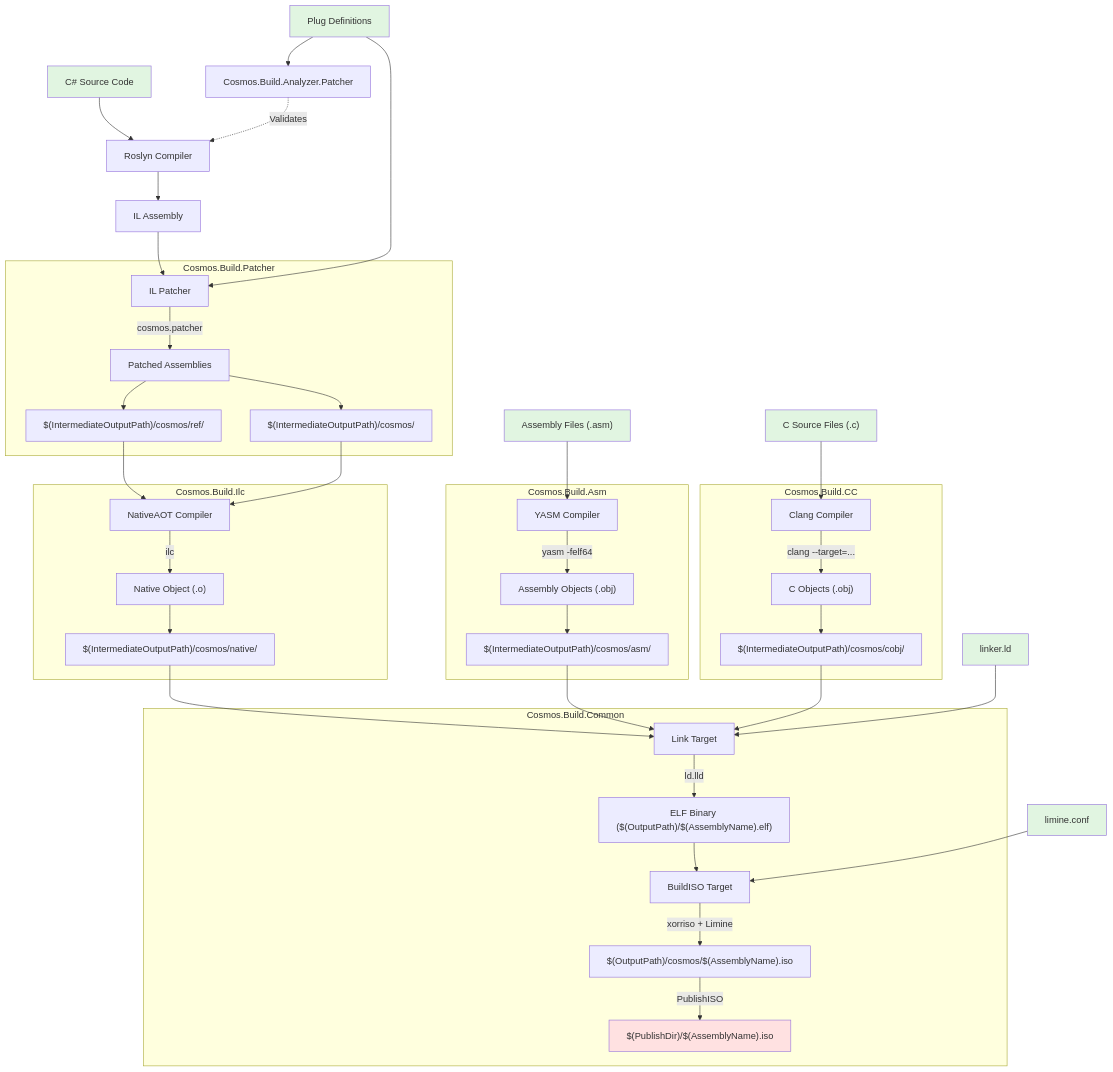
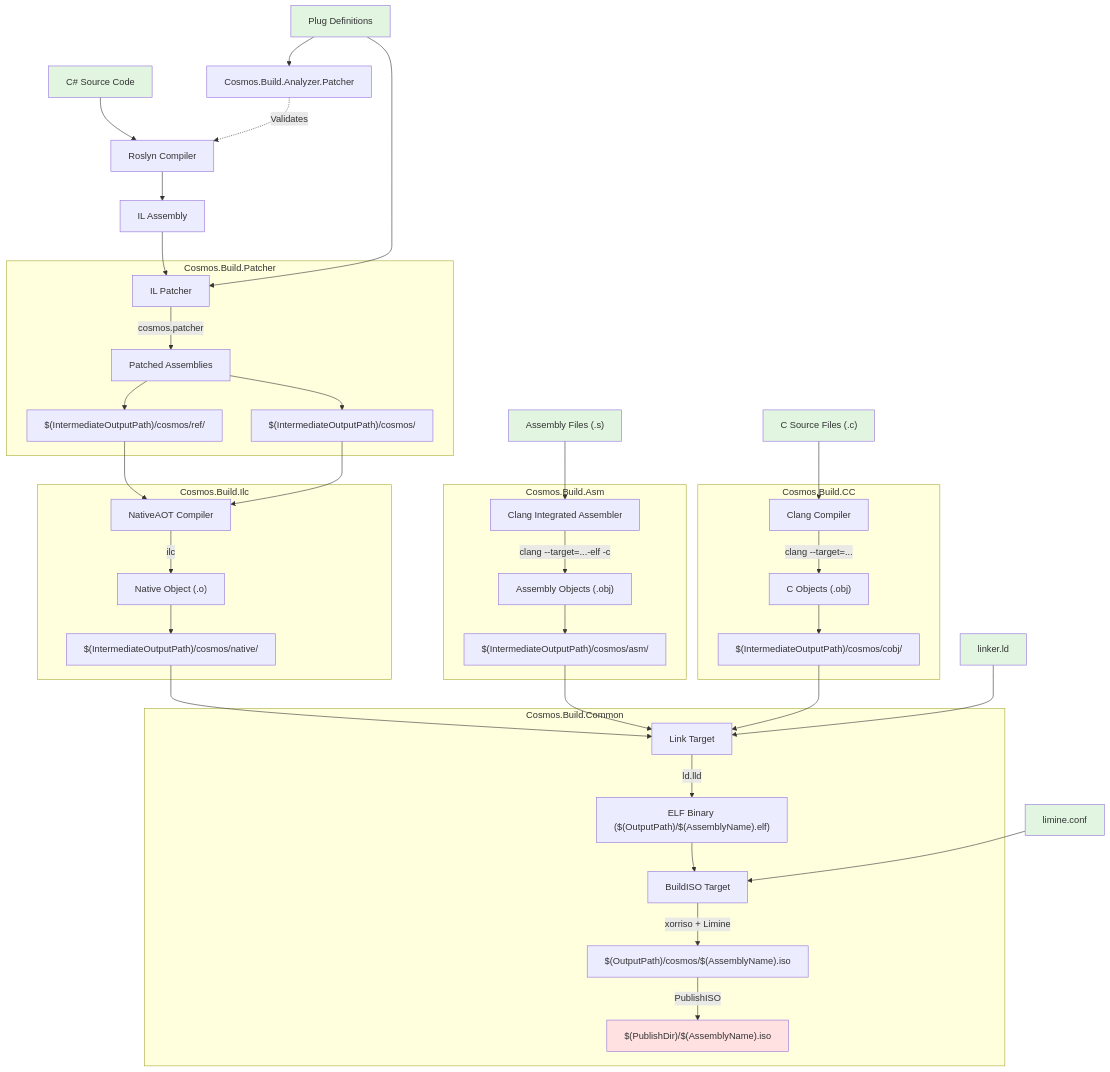
One commit to zarlo/nativeaot-patcher changed the diagram in docs/articles/build/kernel-compilation-steps.md. Above: the diagram before and after it, drawn with Mermaid. The commit also changed other lines of this file and 54 other files, not shown here.

````diff
--- a/docs/articles/build/kernel-compilation-steps.md
+++ b/docs/articles/build/kernel-compilation-steps.md
@@ -7,61 +7,61 @@
 ```mermaid
 flowchart TD
     CS[C# Source Code] --> ROSLYN[Roslyn Compiler]
     PLUGS[Plug Definitions] --> ANALYZER[Cosmos.Build.Analyzer.Patcher]
     ANALYZER -.-> |Validates| ROSLYN
     ROSLYN --> IL[IL Assembly]
 
     subgraph "Cosmos.Build.Patcher"
         PATCHER[IL Patcher]
         PATCHER --> |cosmos.patcher| PATCHED[Patched Assemblies]
         PATCHED --> COSMOS_REF["$(IntermediateOutputPath)/cosmos/ref/"]
         PATCHED --> COSMOS_ROOT["$(IntermediateOutputPath)/cosmos/"]
     end
     IL --> PATCHER
     PLUGS --> PATCHER
 
     subgraph "Cosmos.Build.Ilc"
         ILC[NativeAOT Compiler]
         ILC --> |ilc| NATIVE["Native Object (.o)"]
         NATIVE --> COSMOS_NATIVE["$(IntermediateOutputPath)/cosmos/native/"]
     end
     COSMOS_REF --> ILC
     COSMOS_ROOT --> ILC
 
     subgraph "Cosmos.Build.Asm"
-        ASM_BUILD[YASM Compiler]
-        ASM_BUILD --> |yasm -felf64| ASM_OBJ["Assembly Objects (.obj)"]
+        ASM_BUILD[Clang Integrated Assembler]
+        ASM_BUILD --> |clang --target=...-elf -c| ASM_OBJ["Assembly Objects (.obj)"]
         ASM_OBJ --> COSMOS_ASM["$(IntermediateOutputPath)/cosmos/asm/"]
     end
-    ASM_SRC["Assembly Files (.asm)"] --> ASM_BUILD
+    ASM_SRC["Assembly Files (.s)"] --> ASM_BUILD
 
     subgraph "Cosmos.Build.CC"
         CC_BUILD[Clang Compiler]
         CC_BUILD --> |"clang --target=..."| C_OBJ["C Objects (.obj)"]
         C_OBJ --> COSMOS_COBJ["$(IntermediateOutputPath)/cosmos/cobj/"]
     end
     C_SRC["C Source Files (.c)"] --> CC_BUILD
 
     subgraph "Cosmos.Build.Common"
         LINK[Link Target]
         LINK --> |ld.lld| ELF["ELF Binary ($(OutputPath)/$(AssemblyName).elf)"]
         ELF --> FINAL_ISO[BuildISO Target]
         FINAL_ISO  --> |xorriso + Limine| ISO_OUT["$(OutputPath)/cosmos/$(AssemblyName).iso"]
         ISO_OUT --> |PublishISO| PUBLISH["$(PublishDir)/$(AssemblyName).iso"]
     end
     
     COSMOS_NATIVE --> LINK
     COSMOS_ASM --> LINK
     COSMOS_COBJ --> LINK
     LINKER_SCRIPT["linker.ld"] --> LINK
     LIMINE_CONF["limine.conf"] --> FINAL_ISO
 
     style CS fill:#e1f5e1
     style ASM_SRC fill:#e1f5e1
     style C_SRC fill:#e1f5e1
     style PLUGS fill:#e1f5e1
     style LINKER_SCRIPT fill:#e1f5e1
     style LIMINE_CONF fill:#e1f5e1
     
     style PUBLISH fill:#ffe1e1
 ```
````
